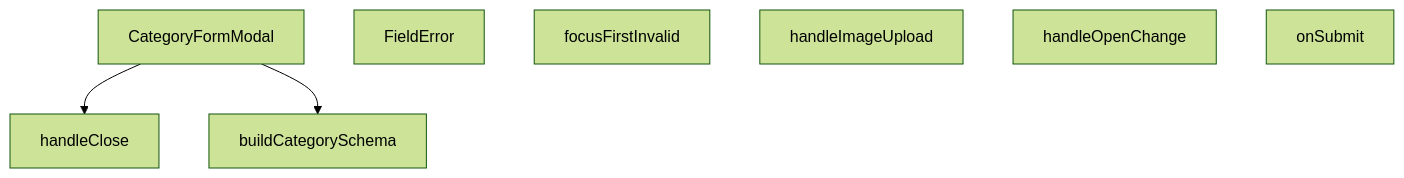
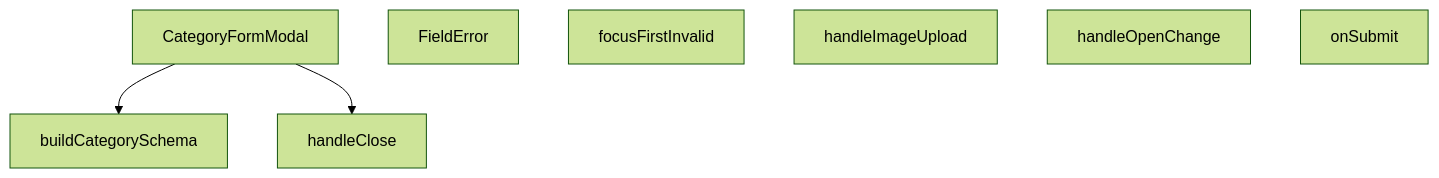
Before and after one commit to peckop/venthub-hvac-esite: the diagram in src/components/admin/categories/CategoryFormModal.md, drawn with Mermaid (forest theme). The commit also changed other lines of this file and 169 other files, not shown here.

````diff
--- a/src/components/admin/categories/CategoryFormModal.md
+++ b/src/components/admin/categories/CategoryFormModal.md
@@ -231,13 +231,13 @@
 ```mermaid
 graph TD
     CategoryFormModal_tsx__CategoryFormModal["CategoryFormModal"]
     CategoryFormModal_tsx__FieldError["FieldError"]
     CategoryFormModal_tsx__buildCategorySchema["buildCategorySchema"]
     CategoryFormModal_tsx__focusFirstInvalid["focusFirstInvalid"]
     CategoryFormModal_tsx__handleClose["handleClose"]
     CategoryFormModal_tsx__handleImageUpload["handleImageUpload"]
     CategoryFormModal_tsx__handleOpenChange["handleOpenChange"]
     CategoryFormModal_tsx__onSubmit["onSubmit"]
+    CategoryFormModal_tsx__CategoryFormModal --> CategoryFormModal_tsx__buildCategorySchema
     CategoryFormModal_tsx__CategoryFormModal --> CategoryFormModal_tsx__handleClose
-    CategoryFormModal_tsx__CategoryFormModal --> CategoryFormModal_tsx__buildCategorySchema
 ```
````
